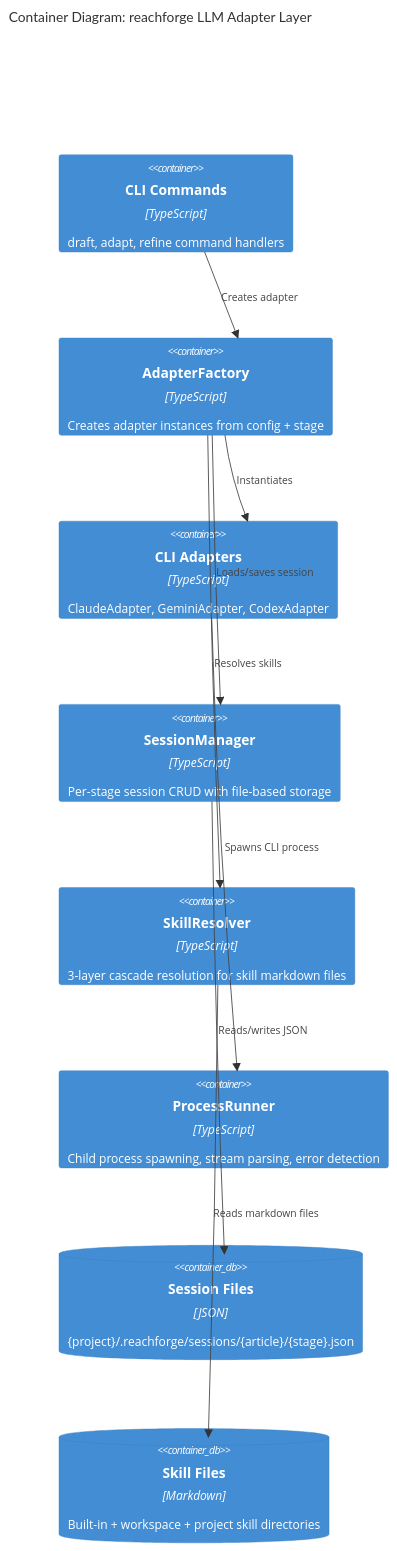
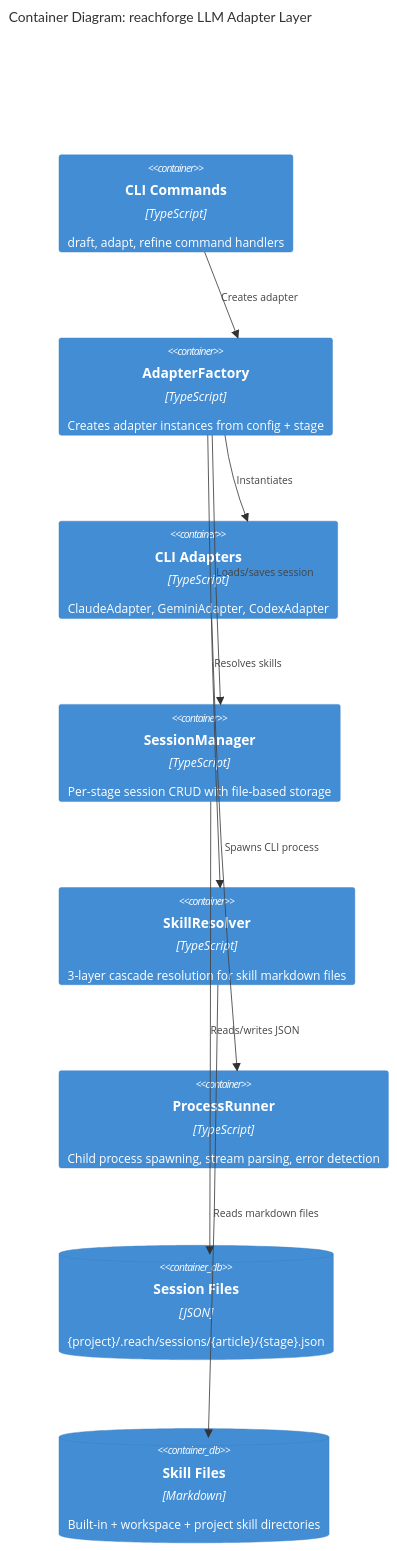
One commit to reachforge/reachforge changed the second of 5 diagrams in docs/llm-adapter/tech-design.md. Above: the diagram before and after it, drawn with Mermaid. The commit also changed other lines of this file and 51 other files, not shown here.

Commit message:
refactor: rename project from reachforge to reach

````diff
--- a/docs/llm-adapter/tech-design.md
+++ b/docs/llm-adapter/tech-design.md
@@ -125,21 +125,21 @@
 ```mermaid
 C4Container
     title Container Diagram: reachforge LLM Adapter Layer
 
     Container(commands, "CLI Commands", "TypeScript", "draft, adapt, refine command handlers")
     Container(factory, "AdapterFactory", "TypeScript", "Creates adapter instances from config + stage")
     Container(adapters, "CLI Adapters", "TypeScript", "ClaudeAdapter, GeminiAdapter, CodexAdapter")
     Container(session, "SessionManager", "TypeScript", "Per-stage session CRUD with file-based storage")
     Container(skills, "SkillResolver", "TypeScript", "3-layer cascade resolution for skill markdown files")
     Container(process, "ProcessRunner", "TypeScript", "Child process spawning, stream parsing, error detection")
-    ContainerDb(sessionStore, "Session Files", "JSON", "{project}/.reachforge/sessions/{article}/{stage}.json")
+    ContainerDb(sessionStore, "Session Files", "JSON", "{project}/.reach/sessions/{article}/{stage}.json")
     ContainerDb(skillFiles, "Skill Files", "Markdown", "Built-in + workspace + project skill directories")
 
     Rel(commands, factory, "Creates adapter")
     Rel(factory, adapters, "Instantiates")
     Rel(factory, session, "Loads/saves session")
     Rel(factory, skills, "Resolves skills")
     Rel(adapters, process, "Spawns CLI process")
     Rel(session, sessionStore, "Reads/writes JSON")
     Rel(skills, skillFiles, "Reads markdown files")
 ```
````
